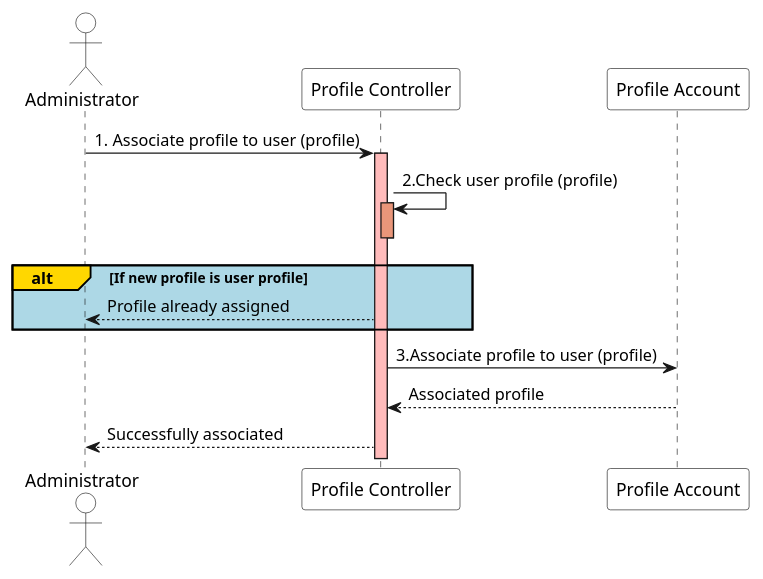
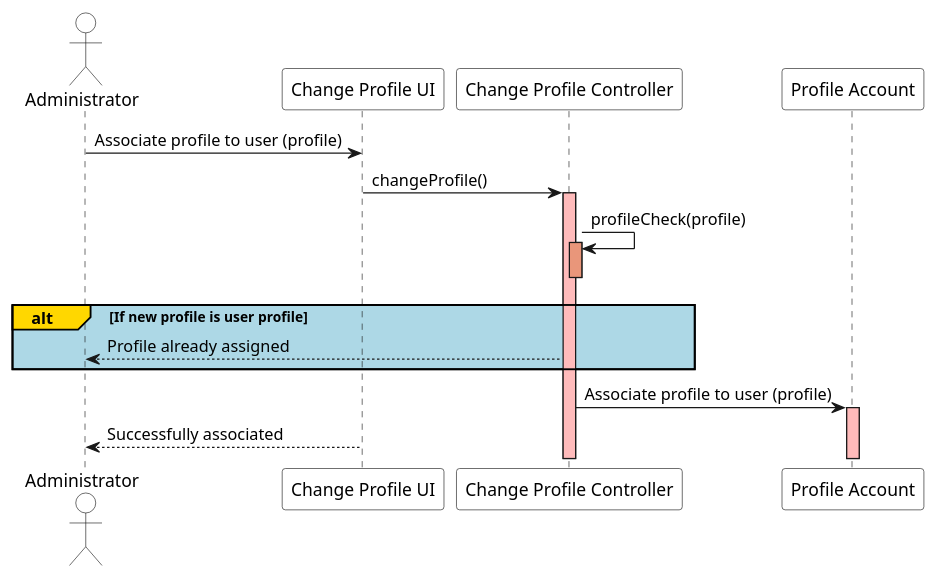
The diagram in docs/modelling_design/user_stories/us003/US003_ChangeProfileSD.puml (ivo-menezes/project_g3), drawn with PlantUML before and after one commit.

Commit message:
US003: Design: US003_ChangeProfileSSD (Update)

```diff
--- a/docs/modelling_design/user_stories/us003/US003_ChangeProfileSD.puml
+++ b/docs/modelling_design/user_stories/us003/US003_ChangeProfileSD.puml
@@ -1,22 +1,22 @@
 @startuml
 
 actor Administrator  as Administrator #white
-participant "Profile Controller" as Profile #white
+participant "Change Profile UI" as UI #white
+participant "Change Profile Controller" as Controller #white
 participant "Profile Account" as Account #white
 
-Administrator ->  Profile : 1. Associate profile to user (profile)
-activate Profile #FFBBBB
-
-Profile -> Profile: 2.Check user profile (profile)
-activate Profile #DarkSalmon
-deactivate Profile #DarkSalmon
+Administrator ->  UI : Associate profile to user (profile)
+UI -> Controller :  changeProfile()
+activate Controller #FFBBBB
+Controller -> Controller: profileCheck(profile)
+activate Controller #DarkSalmon
+deactivate Controller #DarkSalmon
 
 alt#Gold #LightBlue If new profile is user profile
-   Administrator <-- Profile : Profile already assigned
+Administrator <-- Controller : Profile already assigned
 end
 
-Profile -> Account : 3.Associate profile to user (profile)
-Profile <-- Account: Associated profile
-
-Administrator <-- Profile: Successfully associated
+Controller -> Account : Associate profile to user (profile)
+activate Account #FFBBBB
+Administrator <-- UI: Successfully associated
 @enduml
```
